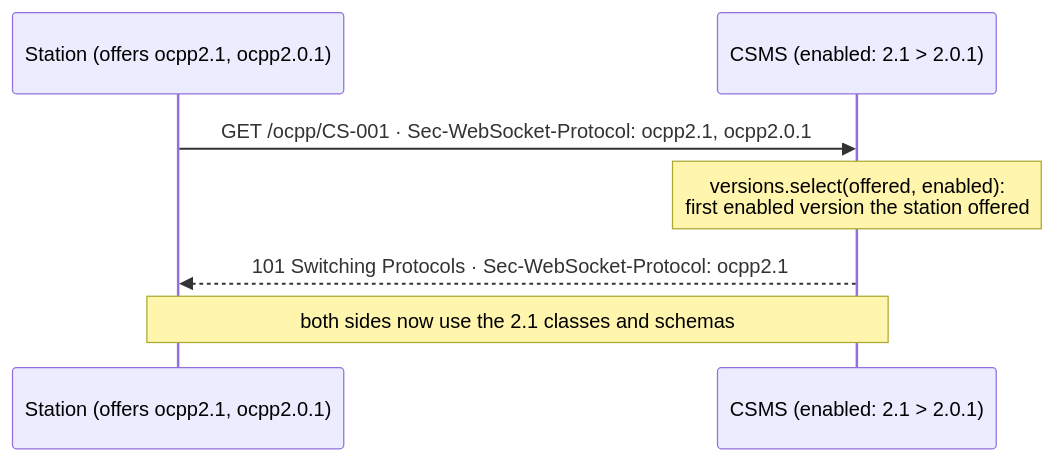
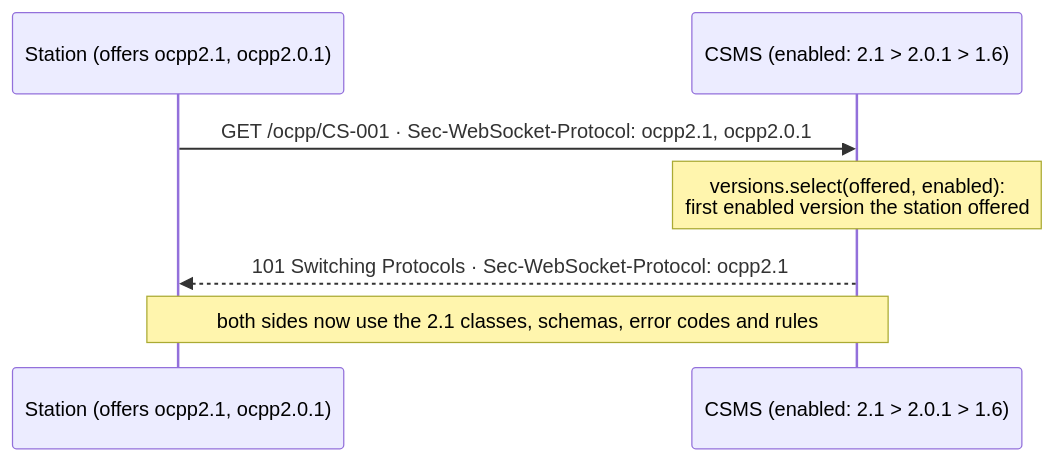
Before and after one commit to YAxelY/ocpp-playground: the fifth of 9 diagrams in docs/architecture.md, drawn with Mermaid. The commit also changed other lines of this file and 37 other files, not shown here.

First line of the commit message:
Add OCPP 1.6, picture-based dashboard and 3-version schema comparison

````diff
--- a/docs/architecture.md
+++ b/docs/architecture.md
@@ -173,9 +154,9 @@
 ```mermaid
 sequenceDiagram
     participant CS as Station (offers ocpp2.1, ocpp2.0.1)
-    participant CSMS as CSMS (enabled: 2.1 > 2.0.1)
+    participant CSMS as CSMS (enabled: 2.1 > 2.0.1 > 1.6)
     CS->>CSMS: GET /ocpp/CS-001 · Sec-WebSocket-Protocol: ocpp2.1, ocpp2.0.1
     Note over CSMS: versions.select(offered, enabled):<br/>first enabled version the station offered
     CSMS-->>CS: 101 Switching Protocols · Sec-WebSocket-Protocol: ocpp2.1
-    Note over CS,CSMS: both sides now use the 2.1 classes and schemas
+    Note over CS,CSMS: both sides now use the 2.1 classes, schemas, error codes and rules
 ```
````
